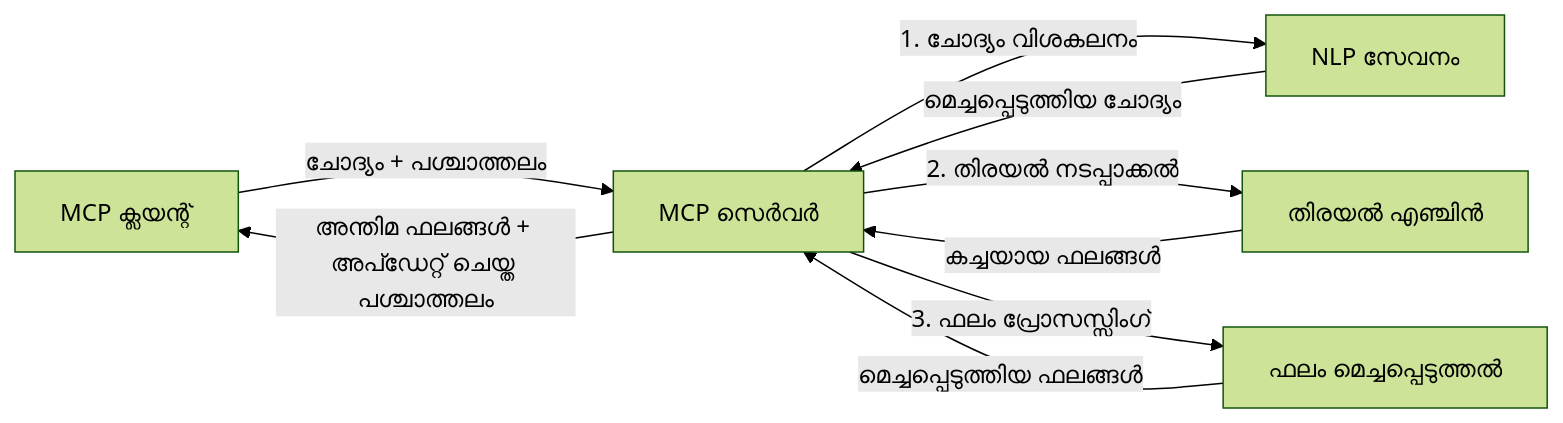
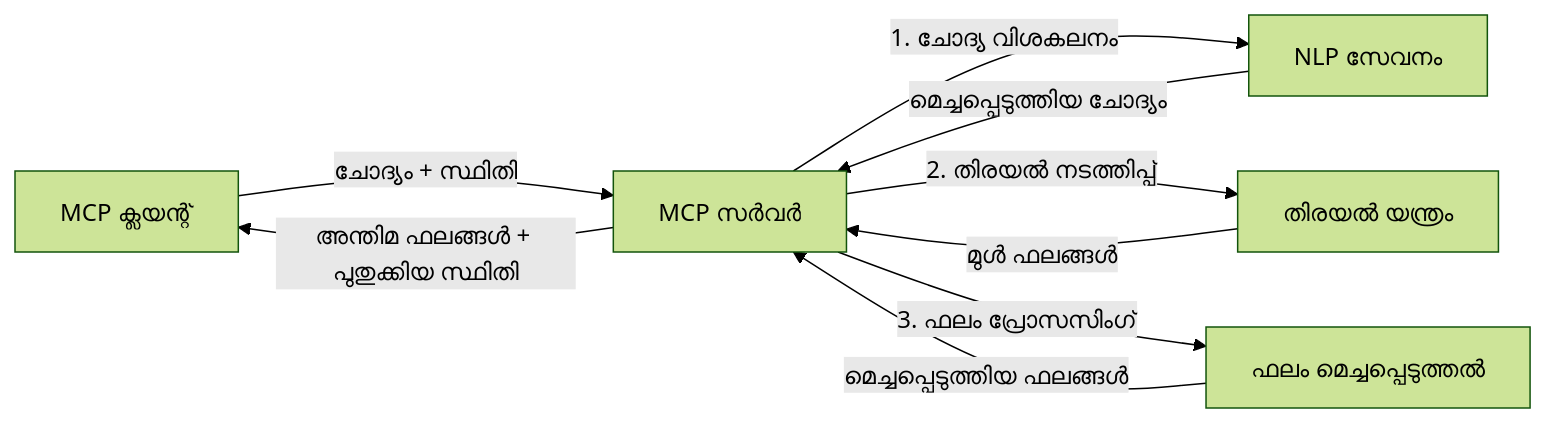
One commit to microsoft/mcp-for-beginners changed the fourth of 4 diagrams in translations/ml/05-AdvancedTopics/mcp-realtimesearch/README.md. Above: the diagram before and after it, drawn with Mermaid (forest theme). The commit also changed other lines of this file and 112 other files, not shown here.

````diff
--- a/translations/ml/05-AdvancedTopics/mcp-realtimesearch/README.md
+++ b/translations/ml/05-AdvancedTopics/mcp-realtimesearch/README.md
@@ -626,11 +628,11 @@
 ```mermaid
 graph LR
-    Client[MCP ക്ലയന്റ്] --> |ചോദ്യം + പശ്ചാത്തലം| Server[MCP സെർവർ]
-    Server --> |1. ചോദ്യം വിശകലനം| NLP[NLP സേവനം]
-    NLP --> |മെച്ചപ്പെടുത്തിയ ചോദ്യം| Server
-    Server --> |2. തിരയൽ നടപ്പാക്കൽ| Search[തിരയൽ എഞ്ചിൻ]
-    Search --> |കച്ചയായ ഫലങ്ങൾ| Server
-    Server --> |3. ഫലം പ്രോസസ്സിംഗ്| Enhancement[ഫലം മെച്ചപ്പെടുത്തൽ]
-    Enhancement --> |മെച്ചപ്പെടുത്തിയ ഫലങ്ങൾ| Server
-    Server --> |അന്തിമ ഫലങ്ങൾ + അപ്ഡേറ്റ് ചെയ്ത പശ്ചാത്തലം| Client
+    Client[MCP ക്ലയന്റ്] --> |ചോദ്യം + സ്ഥിതി| Server[MCP സര്‍വര്‍]
+    Server --> |1. ചോദ്യ വിശകലനം| NLP[NLP സേവനം]
+    NLP --> |മെച്ചപ്പെടുത്തിയ ചോദ്യം| Server
+    Server --> |2. തിരയല്‍ നടത്തിപ്പ്| Search[തിരയല്‍ യന്ത്രം]
+    Search --> |മുള്‍ ഫലങ്ങള്‍| Server
+    Server --> |3. ഫലം പ്രോസസിംഗ്| Enhancement[ഫലം മെച്ചപ്പെടുത്തല്‍]
+    Enhancement --> |മെച്ചപ്പെടുത്തിയ ഫലങ്ങള്‍| Server
+    Server --> |അന്തിമ ഫലങ്ങള്‍ + പുതുക്കിയ സ്ഥിതി| Client
 ```
````
